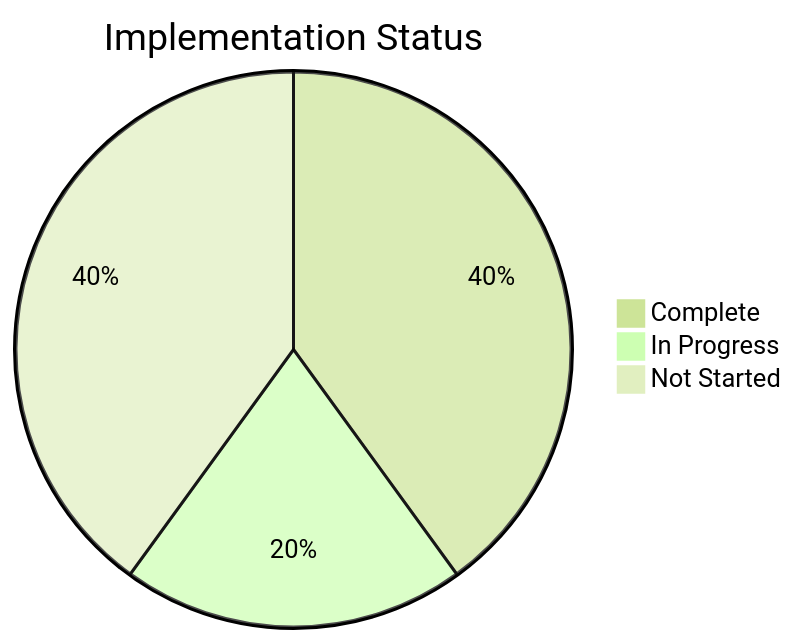
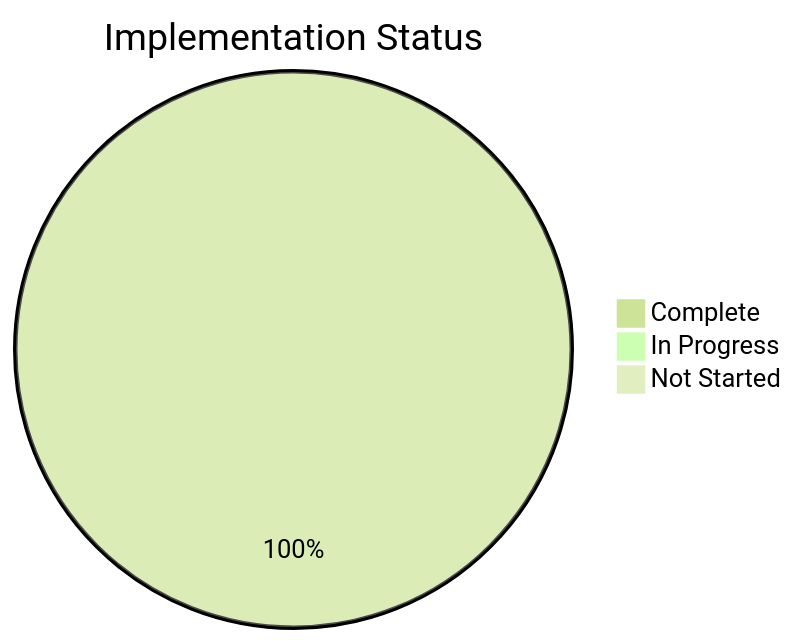
Before and after one commit to JetCrabCollab/JetCrab: the diagram in docs/implementation/README.md, drawn with Mermaid (forest theme). The commit also changed other lines of this file and 95 other files, not shown here.

Commit message:
feat: Add comprehensive documentation and examples for JetCrab server architecture, usage, and implementation status

````diff
--- a/docs/implementation/README.md
+++ b/docs/implementation/README.md
@@ -11,6 +9,6 @@
 ```mermaid
 pie title Implementation Status
-    "Complete" : 40
-    "In Progress" : 20
-    "Not Started" : 40
+    "Complete" : 100
+    "In Progress" : 0
+    "Not Started" : 0
 ```
````
